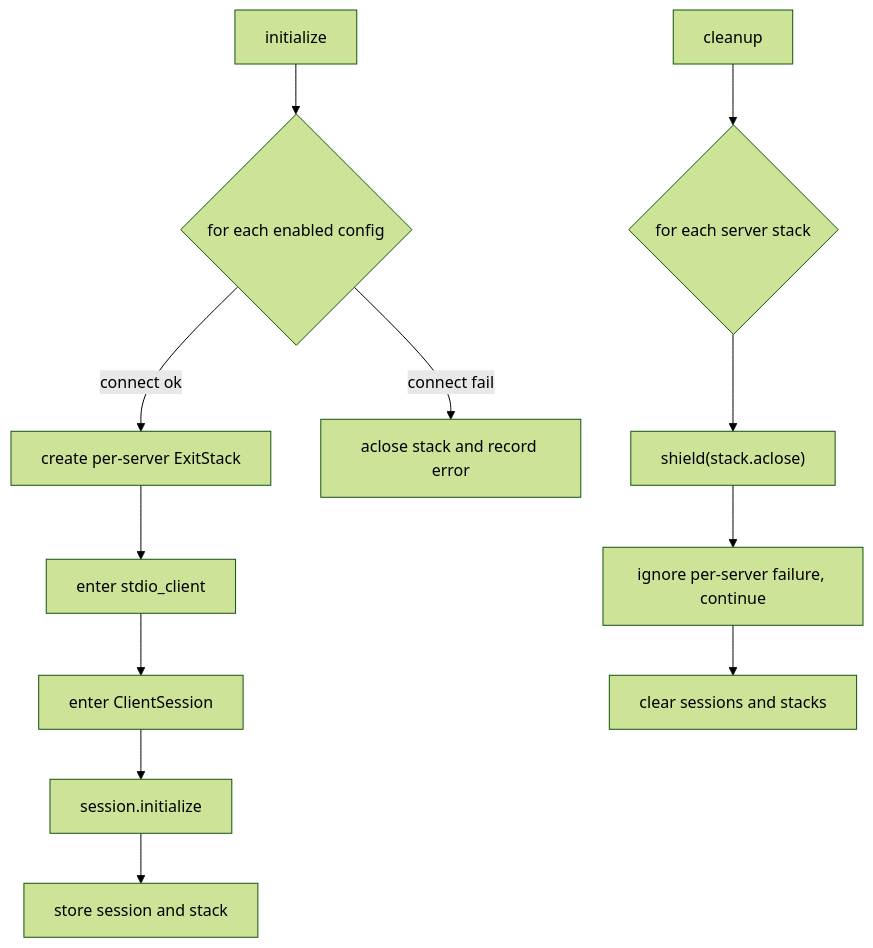
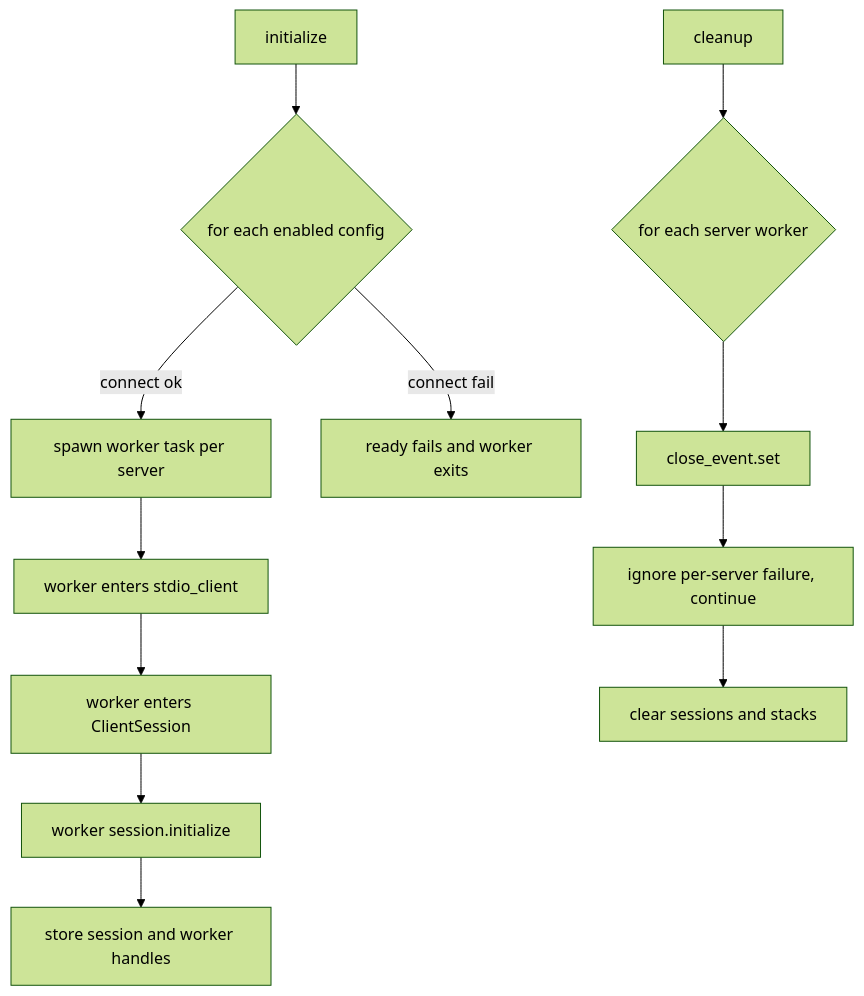
One commit to cute-spring/Yue changed the diagram in docs/MCP_CLEANUP_LIFECYCLE_DESIGN.md. Above: the diagram before and after it, drawn with Mermaid (forest theme). The commit also changed other lines of this file and 4 other files, not shown here.

````diff
--- a/docs/MCP_CLEANUP_LIFECYCLE_DESIGN.md
+++ b/docs/MCP_CLEANUP_LIFECYCLE_DESIGN.md
@@ -113,15 +114,15 @@
 ```mermaid
 flowchart TD
   A["initialize"] --> B{"for each enabled config"}
-  B -->|connect ok| C["create per-server ExitStack"]
-  C --> D["enter stdio_client"]
-  D --> E["enter ClientSession"]
-  E --> F["session.initialize"]
-  F --> G["store session and stack"]
-  B -->|connect fail| H["aclose stack and record error"]
+  B -->|connect ok| C["spawn worker task per server"]
+  C --> D["worker enters stdio_client"]
+  D --> E["worker enters ClientSession"]
+  E --> F["worker session.initialize"]
+  F --> G["store session and worker handles"]
+  B -->|connect fail| H["ready fails and worker exits"]
 
-  X["cleanup"] --> Y{"for each server stack"}
-  Y --> Z["shield(stack.aclose)"]
+  X["cleanup"] --> Y{"for each server worker"}
+  Y --> Z["close_event.set"]
   Z --> W["ignore per-server failure, continue"]
   W --> Q["clear sessions and stacks"]
 ```
````
